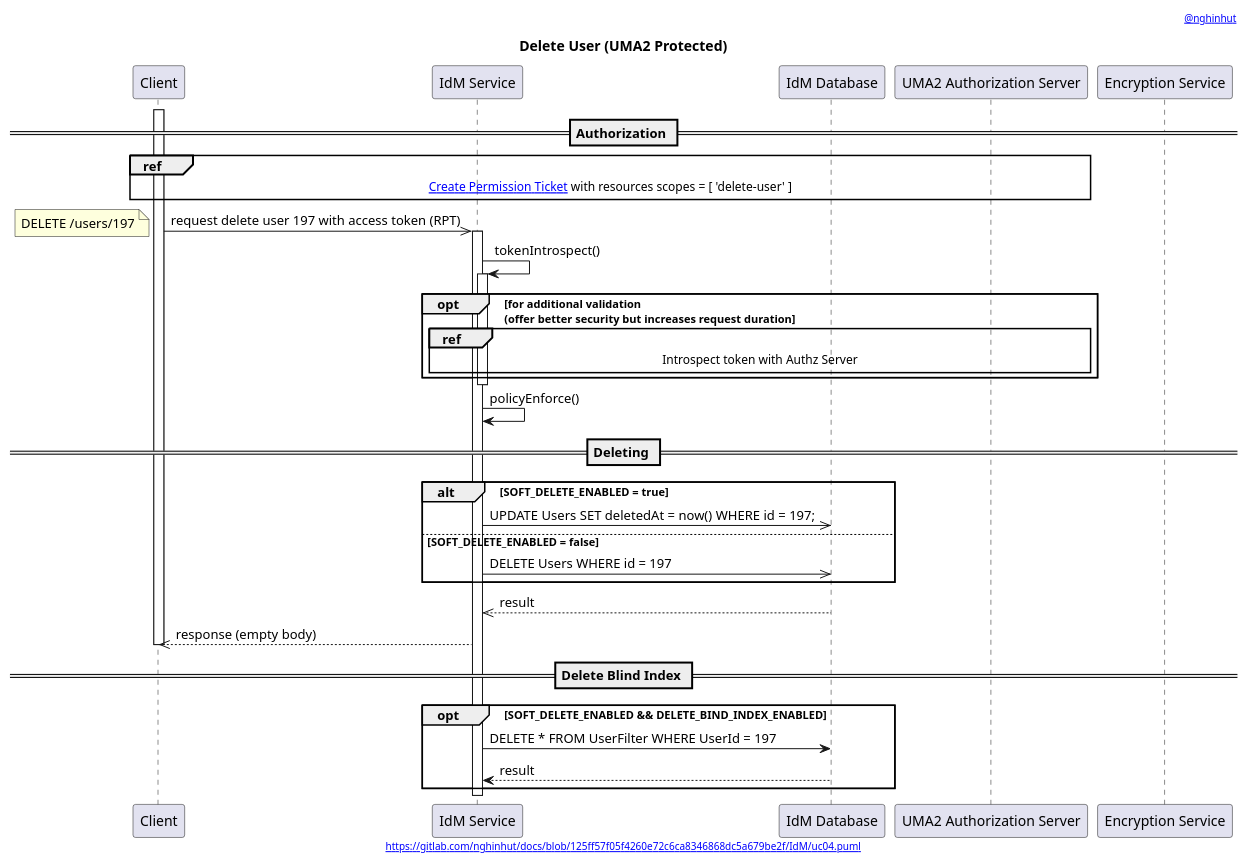
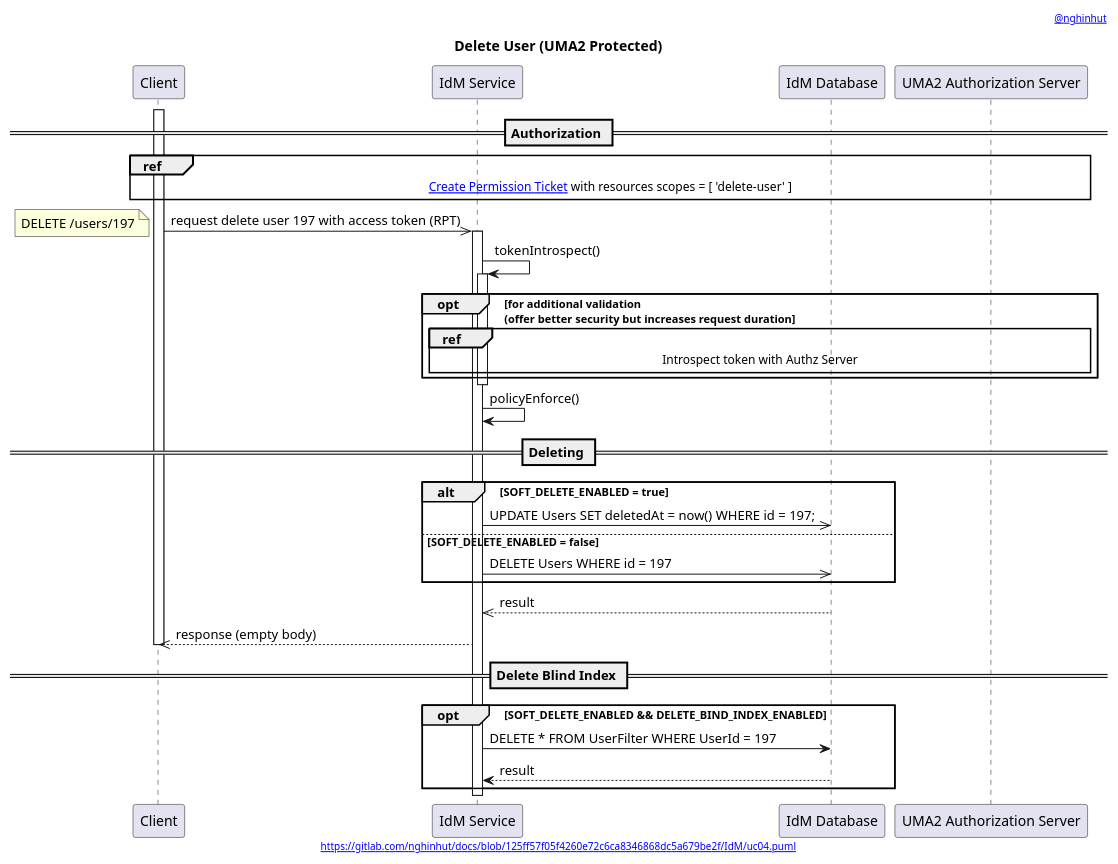
The diagram in IdM/uc04.sequence.puml (nghinhut/docs), drawn with PlantUML before and after one commit.

Commit message:
Update diagrams

```diff
--- a/IdM/uc04.sequence.puml
+++ b/IdM/uc04.sequence.puml
@@ -1,59 +1,58 @@
 @startuml
 '-----START auto generated metadata please keep comment here to allow auto update-----
 '-----DON'T EDIT THIS SECTION, INSTEAD RE-RUN prebuild.sh TO UPDATE-----
 header [[https://www.nghinhut.dev?from=http%5C%3A%5C%2F%5C%2Fwww%5C.plantuml%5C.com%5C%2Fplantuml%5C%2Fproxy%3Ffmt%3Dsvg%5C%26src%3Dhttps%5C%3A%5C%2F%5C%2Fgitlab%5C.com%5C%2Fnghinhut%5C%2Fdocs%5C%2Fraw%5C%2F125ff57f05f4260e72c6ca8346868dc5a679be2f%5C%2FIdM%5C%2Fuc04%5C.puml%0A @nghinhut]]
 footer [[http://www.plantuml.com/plantuml/proxy?fmt=svg&src=https://gitlab.com/nghinhut/docs/raw/125ff57f05f4260e72c6ca8346868dc5a679be2f/IdM/uc04.puml https://gitlab.com/nghinhut/docs/blob/125ff57f05f4260e72c6ca8346868dc5a679be2f/IdM/uc04.puml]]
 '-----END auto generated metadata please keep comment here to allow auto update-----
 title Delete User (UMA2 Protected)
 
 participant "Client" as client
 participant "IdM Service" as idm
 participant "IdM Database" as db
 participant "UMA2 Authorization Server" as as
-participant "Encryption Service" as es
 
 == Authorization ==
 activate client
 ref over client, idm, as
     [[$BASE_URL/create-permission-ticket.function.puml{} Create Permission Ticket]] with resources scopes = [ 'delete-user' ]
 end
 
 {start_d1} client ->> idm : request delete user 197 with access token (RPT)
 note left
     DELETE /users/197
 end note
 
 activate idm
 idm -> idm : tokenIntrospect()
 activate idm
     opt for additional validation\n(offer better security but increases request duration
         ref over idm, as
             Introspect token with Authz Server
         end
     end
 deactivate idm
 
 
 idm -> idm : policyEnforce()
 
 == Deleting ==
 alt SOFT_DELETE_ENABLED = true
     idm ->> db : UPDATE Users SET deletedAt = now() WHERE id = 197;
 else SOFT_DELETE_ENABLED = false
     idm ->> db : DELETE Users WHERE id = 197
 end
 idm <<-- db : result
 
 client <<-- idm : response (empty body)
 deactivate client
 
 == Delete Blind Index ==
 opt SOFT_DELETE_ENABLED && DELETE_BIND_INDEX_ENABLED
     idm -> db : DELETE * FROM UserFilter WHERE UserId = 197
     idm <-- db : result
 end
 
 deactivate idm
 
 
 @enduml
```
